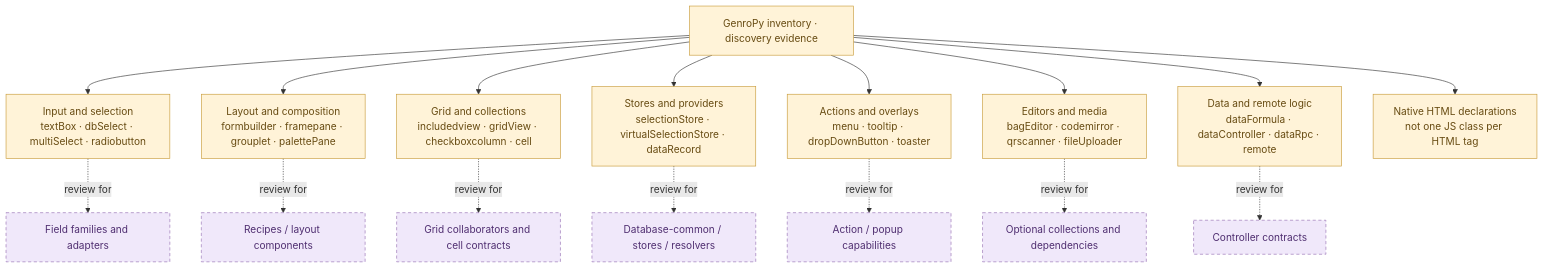
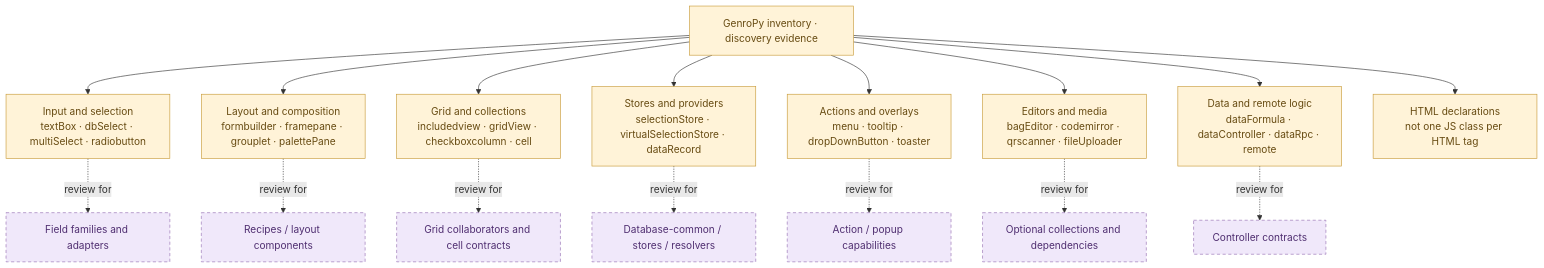
The diagram in docs_llm/internal/diagrams/045-legacy.mmd (gramlot-org/gramlot), drawn with Mermaid before and after one commit. The commit also changed 47 other files, not shown here.

```diff
--- a/docs_llm/internal/diagrams/045-legacy.mmd
+++ b/docs_llm/internal/diagrams/045-legacy.mmd
@@ -1,21 +1,21 @@
 flowchart TB
     L["GenroPy inventory · discovery evidence"]
     L --> INPUT["Input and selection<br/>textBox · dbSelect · multiSelect · radiobutton"]
     L --> LAYOUT["Layout and composition<br/>formbuilder · framepane · grouplet · palettePane"]
     L --> GRID["Grid and collections<br/>includedview · gridView · checkboxcolumn · cell"]
     L --> STORE["Stores and providers<br/>selectionStore · virtualSelectionStore · dataRecord"]
     L --> ACTION["Actions and overlays<br/>menu · tooltip · dropDownButton · toaster"]
     L --> MEDIA["Editors and media<br/>bagEditor · codemirror · qrscanner · fileUploader"]
     L --> LOGIC["Data and remote logic<br/>dataFormula · dataController · dataRpc · remote"]
-    L --> HTML["Native HTML declarations<br/>not one JS class per HTML tag"]
+    L --> HTML["HTML declarations<br/>not one JS class per HTML tag"]
     INPUT -. review for .-> F["Field families and adapters"]
     LAYOUT -. review for .-> R["Recipes / layout components"]
     GRID -. review for .-> G["Grid collaborators and cell contracts"]
     STORE -. review for .-> D["Database-common / stores / resolvers"]
     ACTION -. review for .-> A["Action / popup capabilities"]
     MEDIA -. review for .-> P["Optional collections and dependencies"]
     LOGIC -. review for .-> C["Controller contracts"]
     classDef legacy fill:#fff3d8,color:#674b12,stroke:#c89b39;
     classDef proposed fill:#f0e8fa,color:#4f2e70,stroke:#9670b3,stroke-dasharray:5 4;
     class L,INPUT,LAYOUT,GRID,STORE,ACTION,MEDIA,LOGIC,HTML legacy;
     class F,R,G,D,A,P,C proposed;
```
